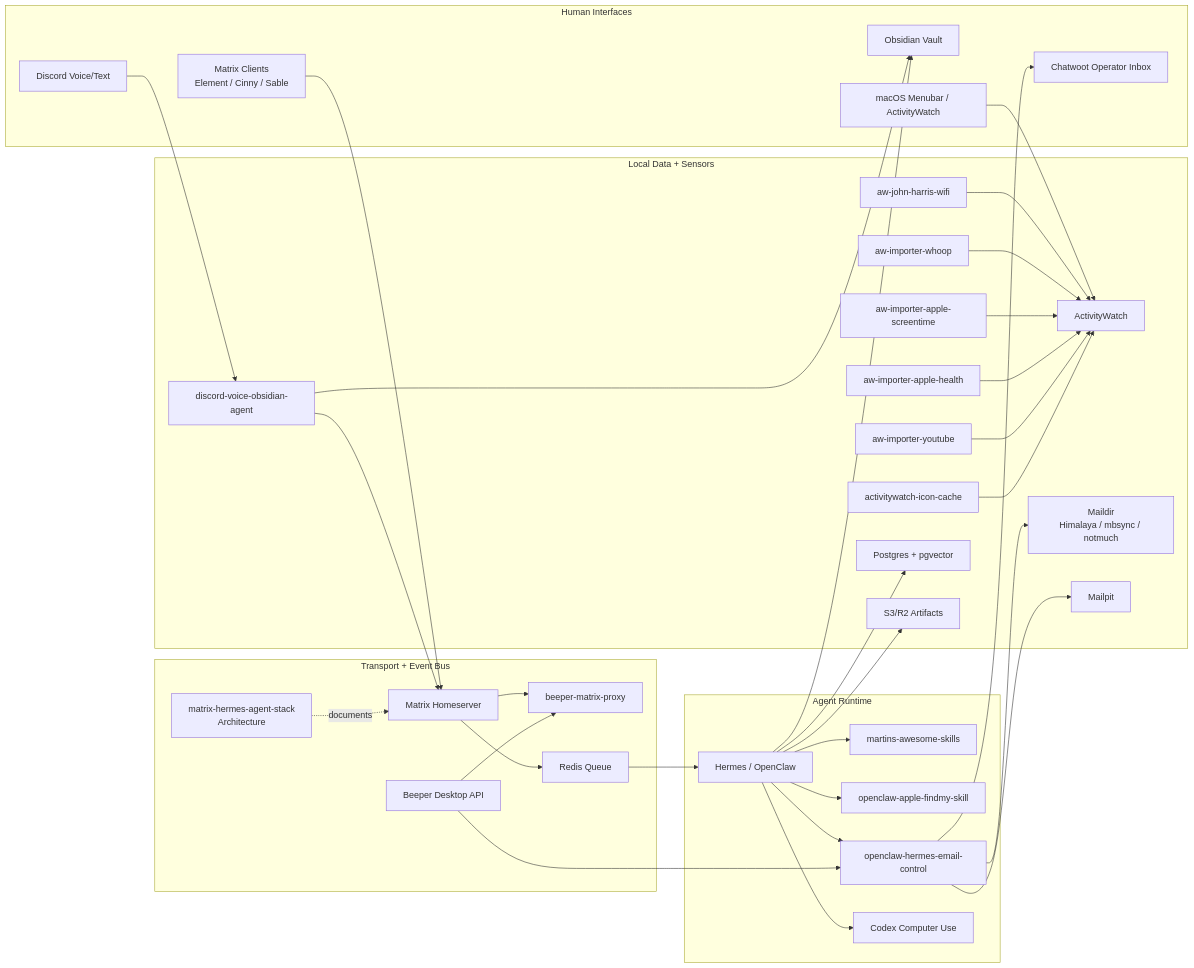
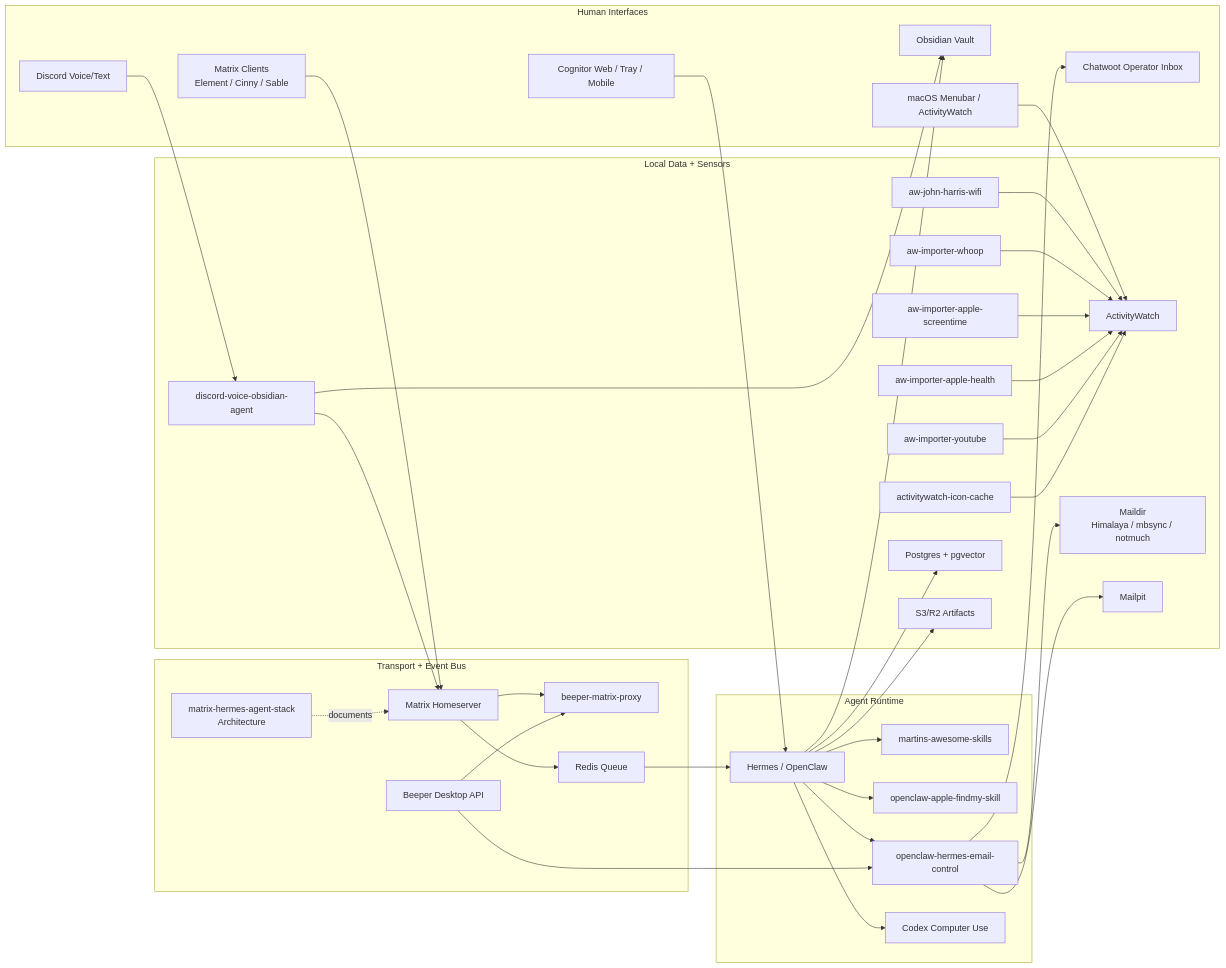
One commit to Martin-Hausleitner/credo changed the third of 3 diagrams in README.md. Above: the diagram before and after it, drawn with Mermaid. The commit also changed other lines of this file and 1 other file, not shown here.

````diff
--- a/README.md
+++ b/README.md
@@ -213,69 +393,71 @@
 ```mermaid
 flowchart LR
   subgraph Interfaces["Human Interfaces"]
     MatrixClient["Matrix Clients<br/>Element / Cinny / Sable"]
     Discord["Discord Voice/Text"]
     ChatwootInbox["Chatwoot Operator Inbox"]
     Obsidian["Obsidian Vault"]
     Menubar["macOS Menubar / ActivityWatch"]
+    CognitorUI["Cognitor Web / Tray / Mobile"]
   end
 
   subgraph Transport["Transport + Event Bus"]
     MatrixRepo["matrix-hermes-agent-stack<br/>Architecture"]
     Matrix["Matrix Homeserver"]
     BeeperProxy["beeper-matrix-proxy"]
     BeeperAPI["Beeper Desktop API"]
     Redis["Redis Queue"]
   end
 
   subgraph Agents["Agent Runtime"]
     Hermes["Hermes / OpenClaw"]
     Skills["martins-awesome-skills"]
     FindMy["openclaw-apple-findmy-skill"]
     EmailCtrl["openclaw-hermes-email-control"]
     ComputerUse["Codex Computer Use"]
   end
 
   subgraph Data["Local Data + Sensors"]
     ActivityWatch["ActivityWatch"]
     Presence["aw-john-harris-wifi"]
     Whoop["aw-importer-whoop"]
     ScreenTime["aw-importer-apple-screentime"]
     AppleHealth["aw-importer-apple-health"]
     YouTube["aw-importer-youtube"]
     IconCache["activitywatch-icon-cache"]
     Maildir["Maildir<br/>Himalaya / mbsync / notmuch"]
     Mailpit["Mailpit"]
     Voice["discord-voice-obsidian-agent"]
     Pg["Postgres + pgvector"]
     S3["S3/R2 Artifacts"]
   end
 
   MatrixClient --> Matrix
+  CognitorUI --> Hermes
   Discord --> Voice
   Menubar --> ActivityWatch
   Matrix --> BeeperProxy
   BeeperAPI --> BeeperProxy
   Matrix --> Redis
   Redis --> Hermes
   Hermes --> Skills
   Hermes --> FindMy
   Hermes --> EmailCtrl
   EmailCtrl --> ChatwootInbox
   EmailCtrl --> Maildir
   EmailCtrl --> Mailpit
   BeeperAPI --> EmailCtrl
   Hermes --> ComputerUse
   Hermes --> Obsidian
   Hermes --> Pg
   Hermes --> S3
   Presence --> ActivityWatch
   Whoop --> ActivityWatch
   ScreenTime --> ActivityWatch
   AppleHealth --> ActivityWatch
   YouTube --> ActivityWatch
   IconCache --> ActivityWatch
   Voice --> Obsidian
   Voice --> Matrix
   MatrixRepo -.documents.-> Matrix
 ```
````
